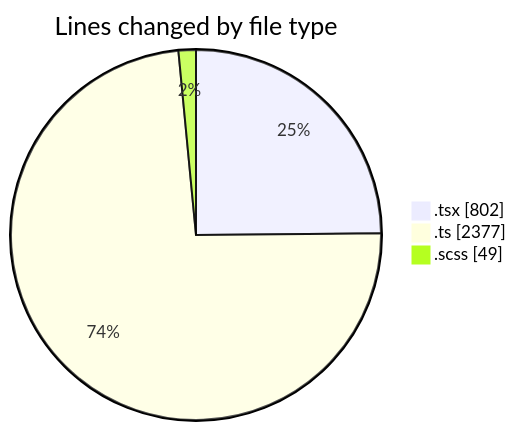
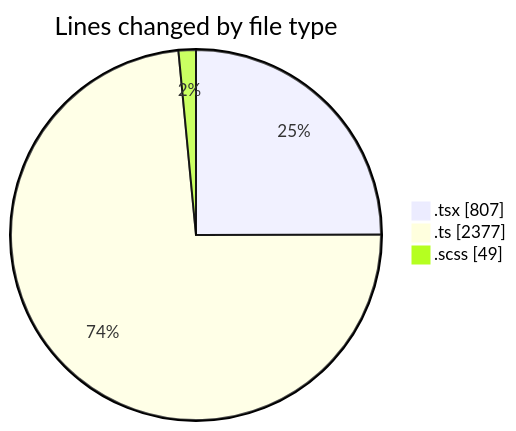
Before and after one commit to momahboobian/code-tracking: the first of 2 diagrams in 2026-10-14/cda/README.md, drawn with Mermaid. The commit also changed other lines of this file and 1 other file, not shown here.

````diff
--- a/2026-10-14/cda/README.md
+++ b/2026-10-14/cda/README.md
@@ -28,7 +28,7 @@
 ```mermaid
 pie showData
 title Lines changed by file type
-".tsx" : 802
+".tsx" : 807
 ".ts" : 2377
 ".scss" : 49
 ```
````
